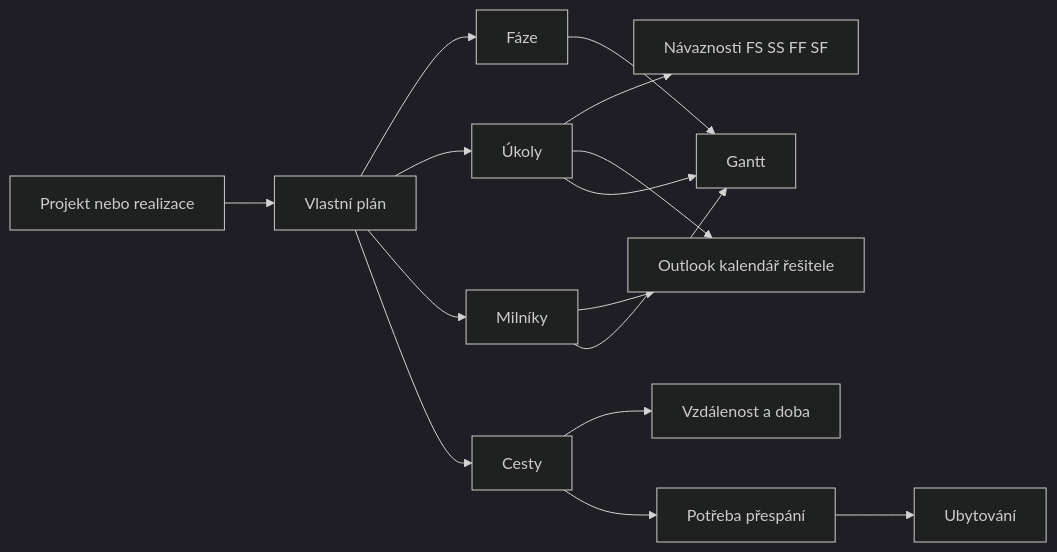
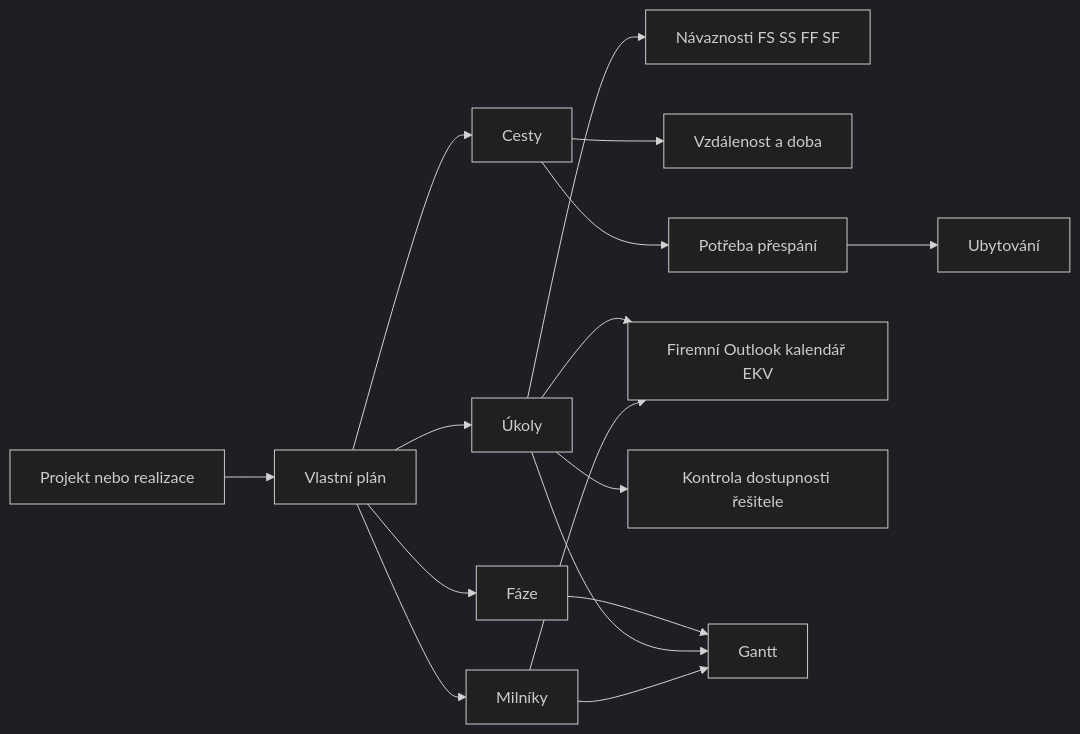
Before and after one commit to info934/ekvprotal: the diagram in docs/PLANNING_BOARD_WORKFLOW.md, drawn with Mermaid (dark theme). The commit also changed other lines of this file and 9 other files, not shown here.

````diff
--- a/docs/PLANNING_BOARD_WORKFLOW.md
+++ b/docs/PLANNING_BOARD_WORKFLOW.md
@@ -11,17 +11,18 @@
 ```mermaid
 flowchart LR
   A[Projekt nebo realizace] --> B[Vlastní plán]
   B --> C[Fáze]
   B --> D[Úkoly]
   B --> E[Milníky]
   D --> F[Návaznosti FS SS FF SF]
   B --> G[Cesty]
   G --> H[Vzdálenost a doba]
   G --> I[Potřeba přespání]
   I --> J[Ubytování]
-  D --> L[Outlook kalendář řešitele]
+  D --> L[Firemní Outlook kalendář EKV]
   E --> L
+  D --> M[Kontrola dostupnosti řešitele]
   C --> K[Gantt]
   D --> K
   E --> K
 ```
````
